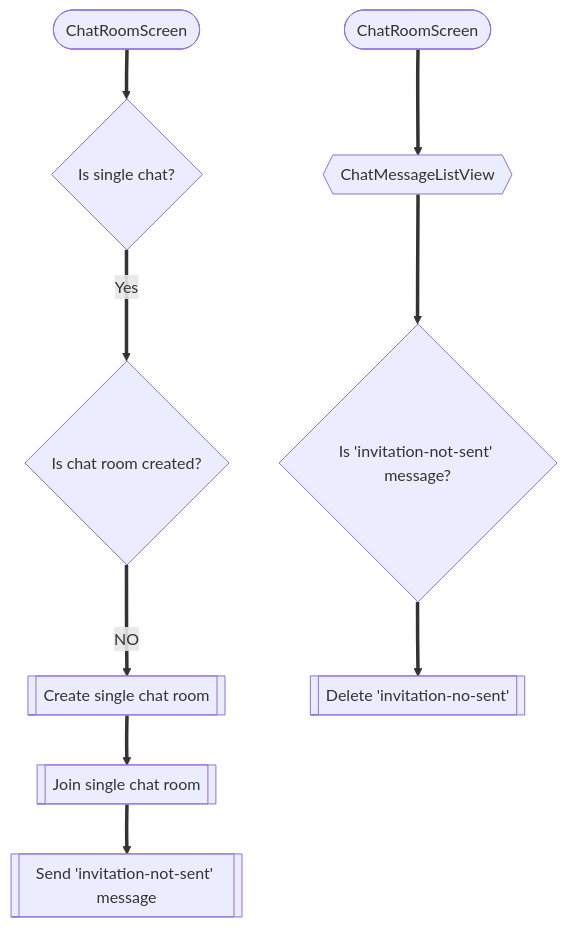
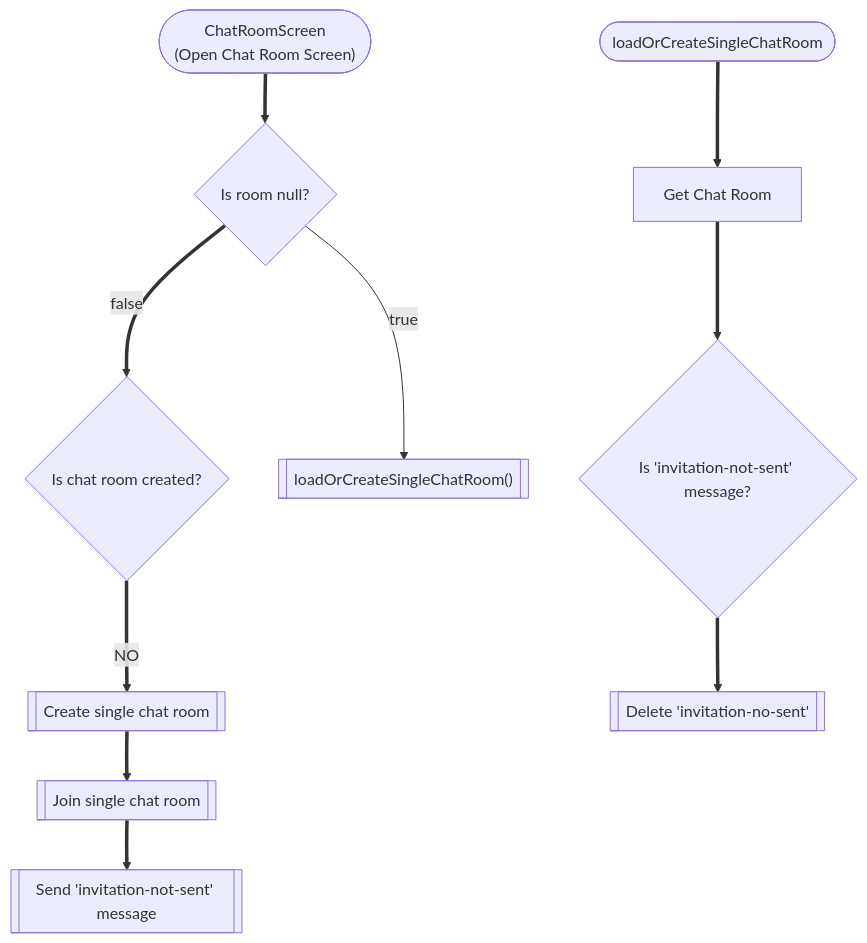
One commit to thruthesky/easy_packages changed the diagram in easychat/README.md. Above: the diagram before and after it, drawn with Mermaid. The commit also changed 1 other file, not shown here.

Commit message:
chat room revised name loadRoomOrCreateSingleChatRoom

````diff
--- a/easychat/README.md
+++ b/easychat/README.md
@@ -180,21 +180,23 @@
 ```mermaid
 flowchart TB
-ChatRoomScreen(["ChatRoomScreen"])
+ChatRoomScreen(["ChatRoomScreen\n(Open Chat Room Screen)"])
   ChatRoomScreen ==> isSingleChat
-  isSingleChat =="Yes"==> chatRoomCreated
+  isSingleChat =="false"==> chatRoomCreated
   chatRoomCreated =="NO"==> createChatRoom
   createChatRoom ==> joinChatRoom
   joinChatRoom ==> sendInvatationNotSentMessage
   ChatRoomScreen2 ==> MessageListView
   MessageListView ==> isInvitatioNotSetMessage
   isInvitatioNotSetMessage ==> deleteInvitationNotSent
-  isSingleChat{"Is single chat?"}
+  isSingleChat --"true"--> node_1
+  isSingleChat{"Is room null?"}
   chatRoomCreated{"Is chat room created?"}
   createChatRoom[["Create single chat room"]]
   joinChatRoom[["Join single chat room"]]
   sendInvatationNotSentMessage[["Send #39;invitation-not-sent#39; message"]]
-  ChatRoomScreen2(["ChatRoomScreen"])
-  MessageListView{{"ChatMessageListView"}}
+  ChatRoomScreen2(["loadOrCreateSingleChatRoom"])
+  MessageListView["Get Chat Room"]
   isInvitatioNotSetMessage{"Is #39;invitation-not-sent#39; message?"}
   deleteInvitationNotSent[["Delete #39;invitation-no-sent#39;"]]
+  node_1[["loadOrCreateSingleChatRoom()"]]
 ```
````
